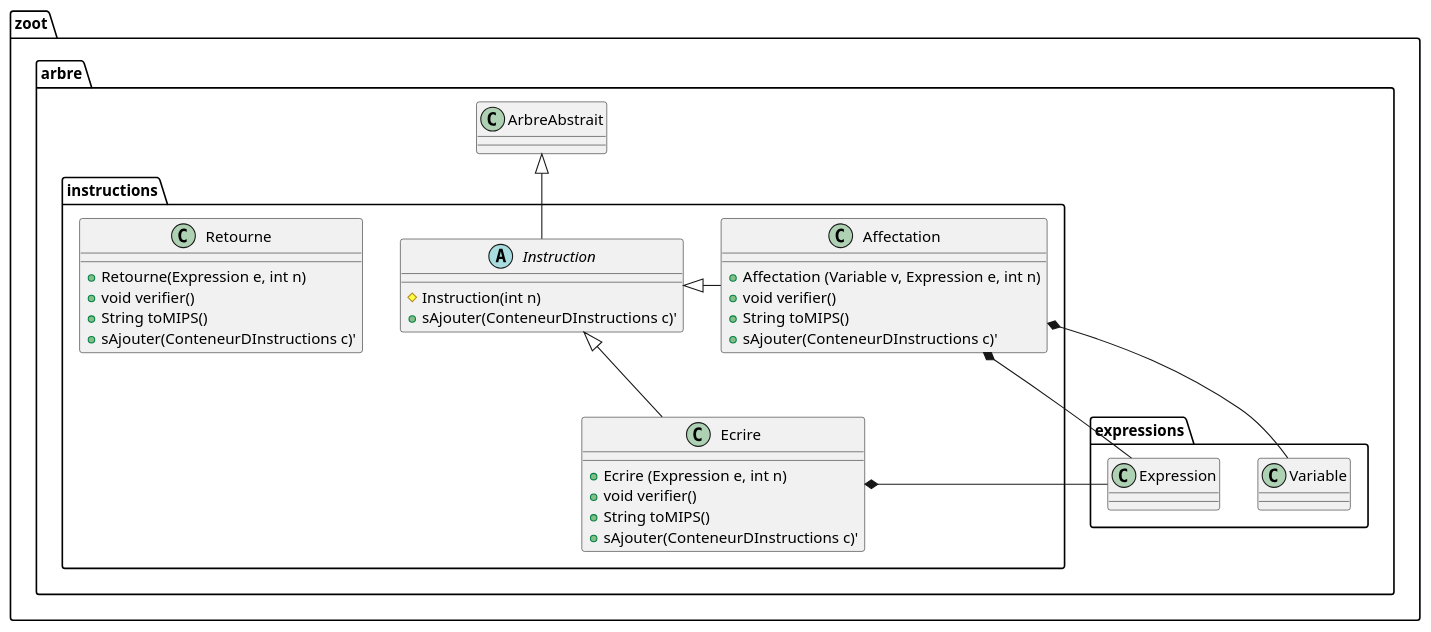
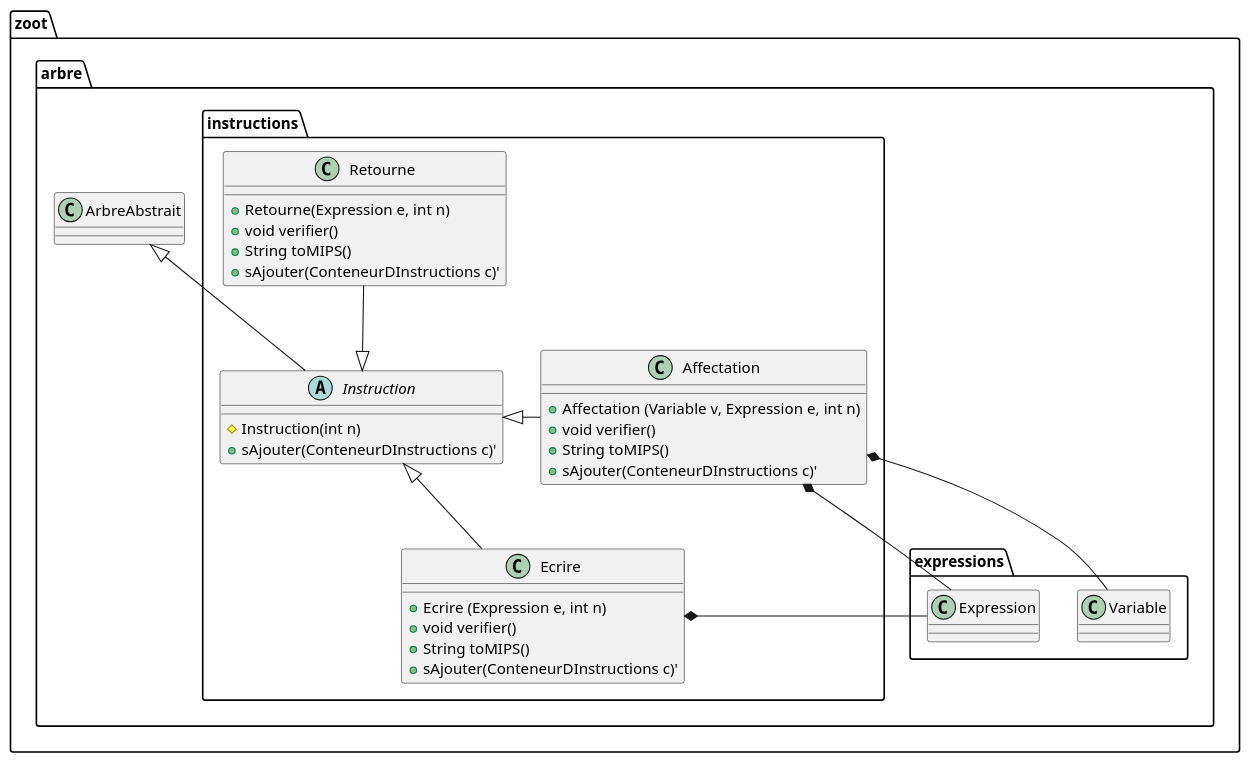
Before and after one commit to lmtb06/zoot: the diagram in diagrammes/classe/instructions.puml, drawn with PlantUML.

Commit message:
Correction du diagramme du package instructions
# Détails
 - Correction de l'oublie de l'héritage de Retourne

```diff
--- a/diagrammes/classe/instructions.puml
+++ b/diagrammes/classe/instructions.puml
@@ -1,41 +1,42 @@
 @startuml "Package instructions"
 
 namespace zoot.arbre.instructions {
     ' Includes
     ' Classes
     class Ecrire {
         + Ecrire (Expression e, int n)
         + void verifier()
         + String toMIPS()
         + sAjouter(ConteneurDInstructions c)'
     }
 
     class Affectation {
         + Affectation (Variable v, Expression e, int n)
         + void verifier()
         + String toMIPS()
         + sAjouter(ConteneurDInstructions c)'
     }
 
     class Retourne {
         + Retourne(Expression e, int n)
         + void verifier()
         + String toMIPS()
         + sAjouter(ConteneurDInstructions c)'
     }
 
     abstract class Instruction {
         # Instruction(int n)
         + sAjouter(ConteneurDInstructions c)'
     }
     
     ' Relations entre les classes
     Ecrire -up-|> Instruction
     Ecrire *-right- zoot.arbre.expressions.Expression
     Instruction -up-|> zoot.arbre.ArbreAbstrait
     Affectation -right-|> Instruction
     Affectation *-- zoot.arbre.expressions.Variable
     Affectation *-down- zoot.arbre.expressions.Expression
+    Retourne --|> Instruction
 }
 
 @enduml
```
